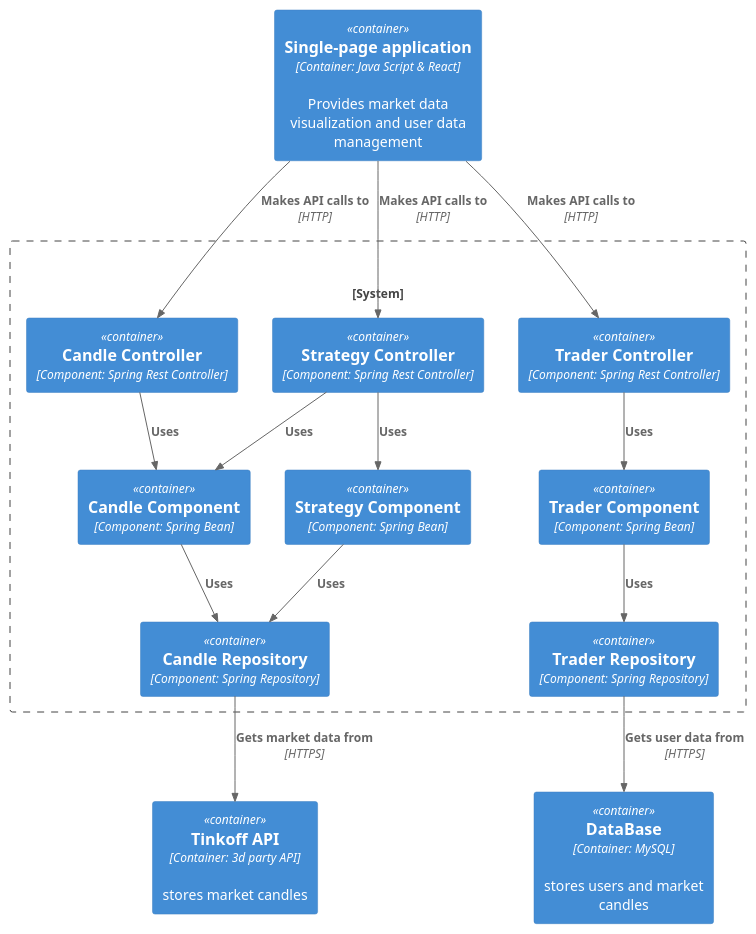
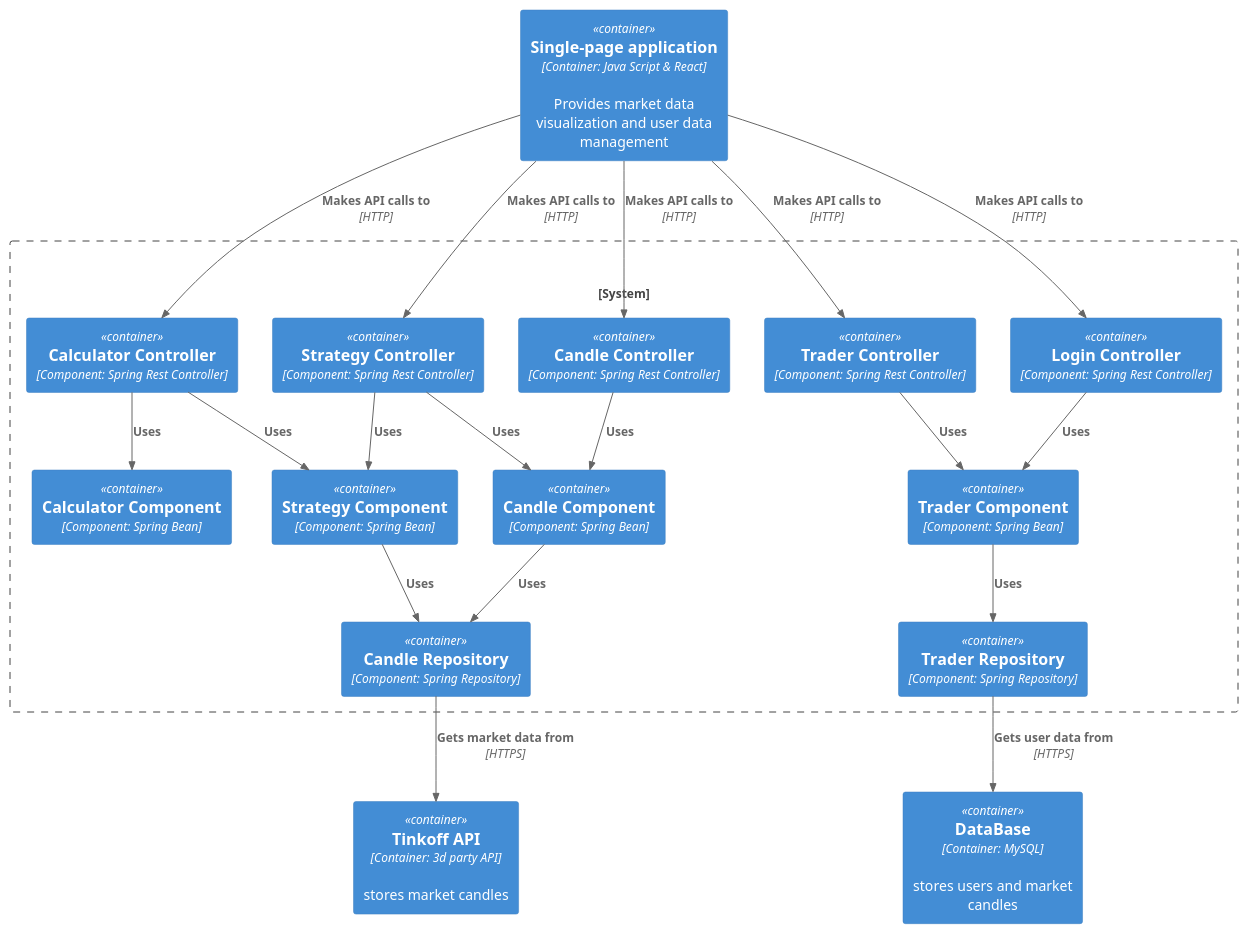
One commit to dansil2301/TradeX changed the diagram in Documents_TradeX/C4_diagrams/C3_diagram.puml. Above: the diagram before and after it, drawn with PlantUML. The commit also changed 1 other file, not shown here.

```diff
--- a/Documents_TradeX/C4_diagrams/C3_diagram.puml
+++ b/Documents_TradeX/C4_diagrams/C3_diagram.puml
@@ -1,36 +1,44 @@
 @startuml Basic Sample
 !include https://raw.githubusercontent.com/plantuml-stdlib/C4-PlantUML/master/C4_Container.puml
 
 Container(singlePage, "Single-page application", "Container: Java Script & React", "Provides market data visualization and user data management")
 System_Boundary(c3, "") {
     Container(candleController, "Candle Controller", "Component: Spring Rest Controller", "")
     Container(strategyController, "Strategy Controller", "Component: Spring Rest Controller", "")
     Container(tradersController, "Trader Controller", "Component: Spring Rest Controller", "")
+    Container(calculatorController, "Calculator Controller", "Component: Spring Rest Controller", "")
+    Container(loginController, "Login Controller", "Component: Spring Rest Controller", "")
 
     Container(strategyComponent, "Strategy Component", "Component: Spring Bean", "")
     Container(candleComponent, "Candle Component", "Component: Spring Bean", "")
     Container(traderComponent, "Trader Component", "Component: Spring Bean", "")
+    Container(calculatorComponent, "Calculator Component", "Component: Spring Bean", "")
 
     Container(candleRepository, "Candle Repository", "Component: Spring Repository", "")
     Container(traderRepository, "Trader Repository", "Component: Spring Repository", "")
 }
 Container(db, "DataBase", "Container: MySQL", "stores users and market candles")
 Container(tinkoffAPI, "Tinkoff API", "Container: 3d party API", "stores market candles")
 
 
 Rel(singlePage, candleController, "Makes API calls to", "HTTP")
 Rel(singlePage, strategyController, "Makes API calls to", "HTTP")
 Rel(singlePage, tradersController, "Makes API calls to", "HTTP")
+Rel(singlePage, calculatorController, "Makes API calls to", "HTTP")
+Rel(singlePage, loginController, "Makes API calls to", "HTTP")
 
 Rel(strategyController, strategyComponent, "Uses")
 Rel(strategyController, candleComponent, "Uses")
 Rel(candleController, candleComponent, "Uses")
 Rel(tradersController, traderComponent, "Uses")
+Rel(calculatorController, calculatorComponent, "Uses")
+Rel(calculatorController, strategyComponent, "Uses")
+Rel(loginController, traderComponent, "Uses")
 
 Rel(strategyComponent, candleRepository, "Uses")
 Rel(candleComponent, candleRepository, "Uses")
 Rel(traderComponent, traderRepository, "Uses")
 
 Rel(candleRepository, tinkoffAPI, "Gets market data from", "HTTPS")
 Rel(traderRepository, db, "Gets user data from", "HTTPS")
 @enduml
```
